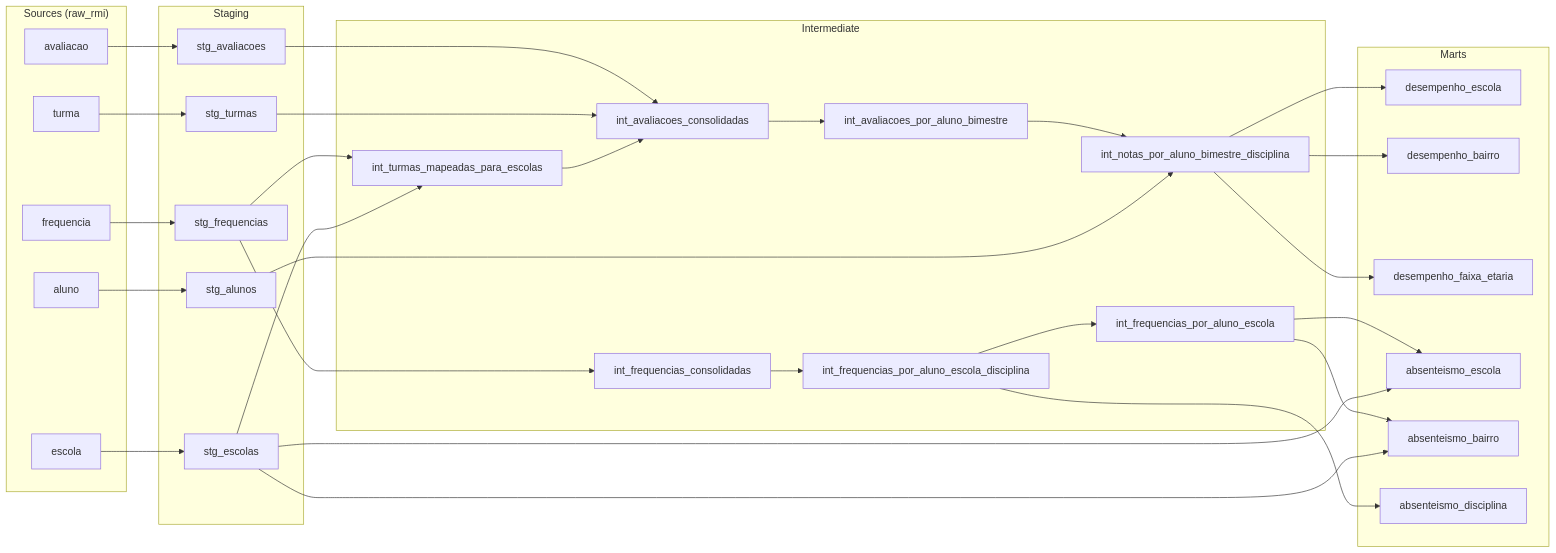
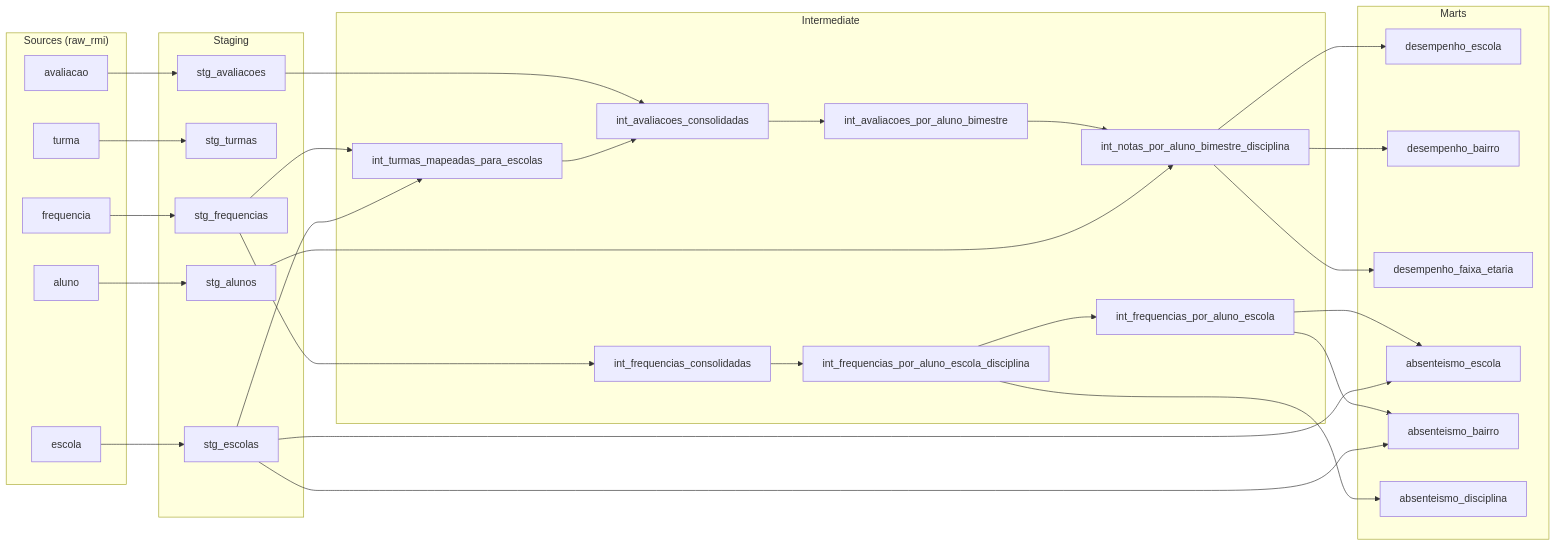
Before and after one commit to gabrielribeirobizerril/desafio-cientista-dados-peqc: the diagram in README.md, drawn with Mermaid. The commit also changed other lines of this file and 2 other files, not shown here.

````diff
--- a/README.md
+++ b/README.md
@@ -94,30 +113,30 @@
 ```mermaid
 flowchart LR
   subgraph Sources ["Sources (raw_rmi)"]
     a[aluno]; t[turma]; e[escola]; f[frequencia]; v[avaliacao]
   end
   subgraph Staging
     sa[stg_alunos]; st[stg_turmas]; se[stg_escolas]; sf[stg_frequencias]; sv[stg_avaliacoes]
   end
   subgraph Intermediate
     im[int_turmas_mapeadas_para_escolas]
     ic[int_avaliacoes_consolidadas]
     ib[int_avaliacoes_por_aluno_bimestre]
     nt[int_notas_por_aluno_bimestre_disciplina]
     fc[int_frequencias_consolidadas]
     fd[int_frequencias_por_aluno_escola_disciplina]
     fe[int_frequencias_por_aluno_escola]
   end
   subgraph Marts
     d1[desempenho_escola]; d2[desempenho_bairro]; d3[desempenho_faixa_etaria]
     a1[absenteismo_escola]; a2[absenteismo_bairro]; a3[absenteismo_disciplina]
   end
   a-->sa; t-->st; e-->se; f-->sf; v-->sv
   sf-->im; se-->im
-  sv-->ic; st-->ic; im-->ic
+  sv-->ic; im-->ic
   ic-->ib-->nt; sa-->nt
   nt-->d1 & d2 & d3
   sf-->fc-->fd-->fe
   fd-->a3
   fe-->a1 & a2; se-->a1 & a2
 ```
````
